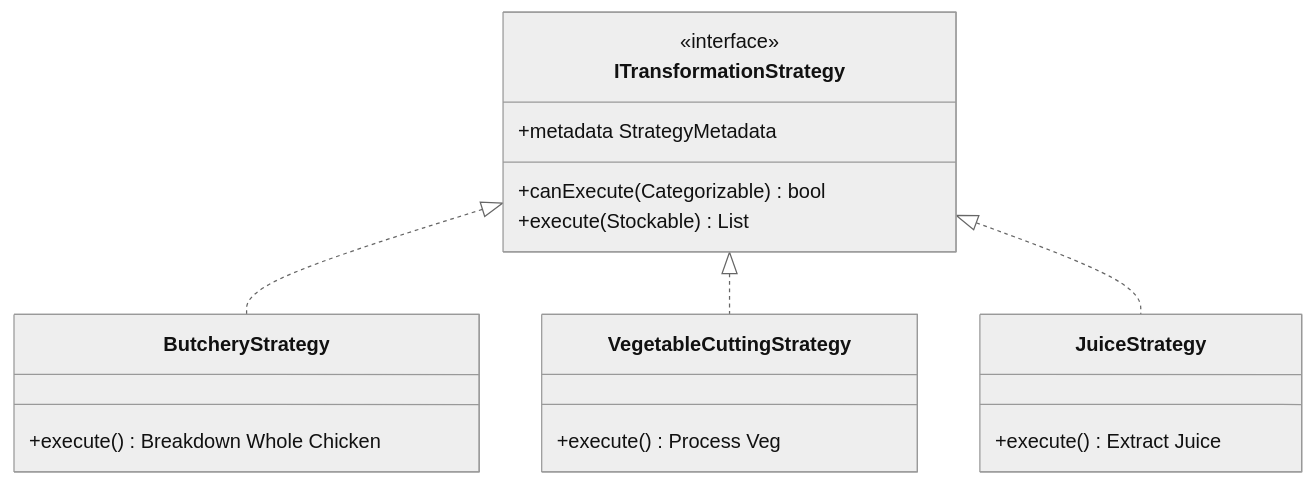
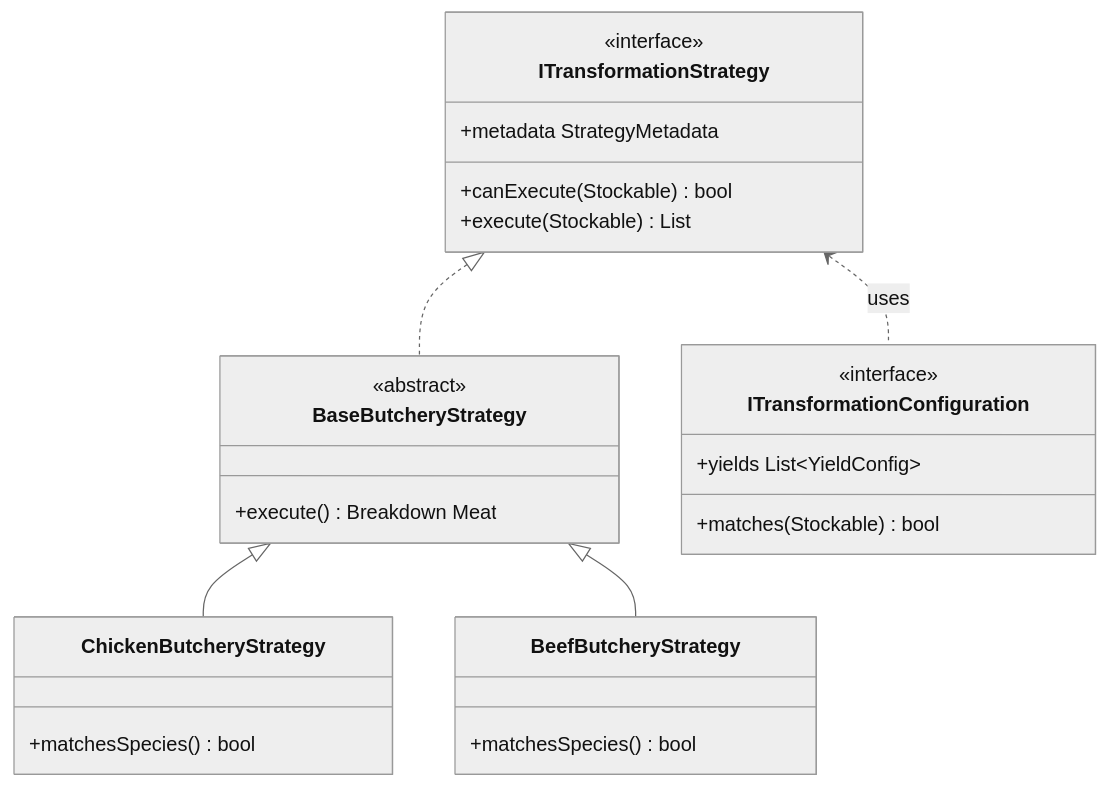
The diagram in lib/modules/inventory_transformation/TRANSFORMATION.md (akshaysinro/item_task), drawn with Mermaid (neutral theme) before and after one commit. The commit also changed other lines of this file and 10 other files, not shown here.

````diff
--- a/lib/modules/inventory_transformation/TRANSFORMATION.md
+++ b/lib/modules/inventory_transformation/TRANSFORMATION.md
@@ -11,22 +11,29 @@
 ```mermaid
 classDiagram
     class ITransformationStrategy {
         <<interface>>
         +metadata StrategyMetadata
-        +canExecute(Categorizable) bool
+        +canExecute(Stockable) bool
         +execute(Stockable) List<Stockable>
     }
-    class ButcheryStrategy {
+    class BaseButcheryStrategy {
+        <<abstract>>
+        +execute() Breakdown Meat
+    }
+    class ChickenButcheryStrategy {
+        +matchesSpecies() bool
+    }
+    class BeefButcheryStrategy {
+        +matchesSpecies() bool
+    }
+    class ITransformationConfiguration {
+        <<interface>>
+        +yields List~YieldConfig~
+        +matches(Stockable) bool
+    }
 
-        +execute() Breakdown Whole Chicken
-    }
-    class VegetableCuttingStrategy {
-        +execute() Process Veg
-    }
-    class JuiceStrategy {
-        +execute() Extract Juice
-    }
-    ITransformationStrategy <|.. ButcheryStrategy
-    ITransformationStrategy <|.. VegetableCuttingStrategy
-    ITransformationStrategy <|.. JuiceStrategy
+    ITransformationStrategy <|.. BaseButcheryStrategy
+    BaseButcheryStrategy <|-- ChickenButcheryStrategy
+    BaseButcheryStrategy <|-- BeefButcheryStrategy
+    ITransformationStrategy <.. ITransformationConfiguration : uses
 ```
````
